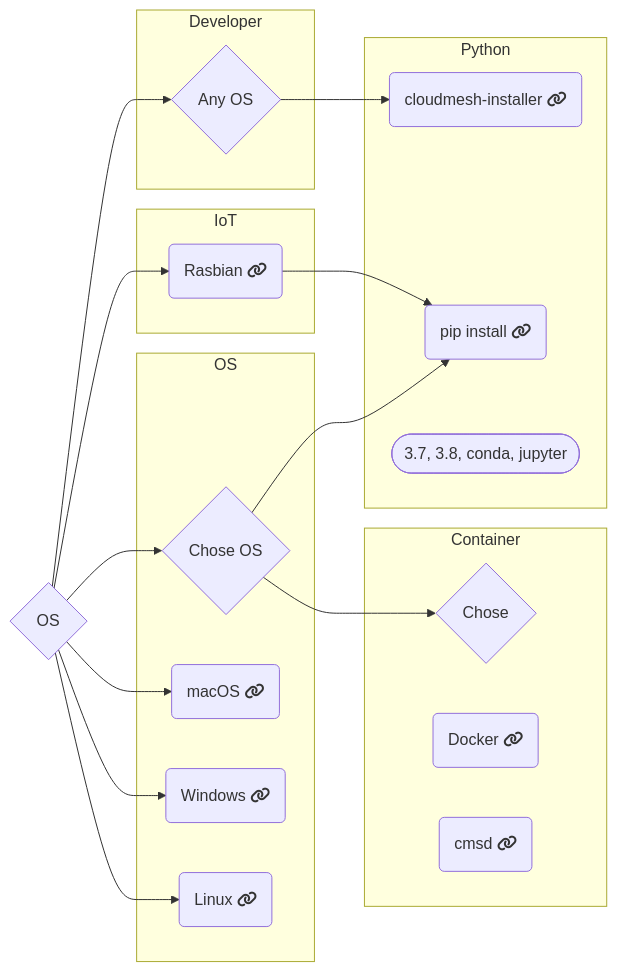
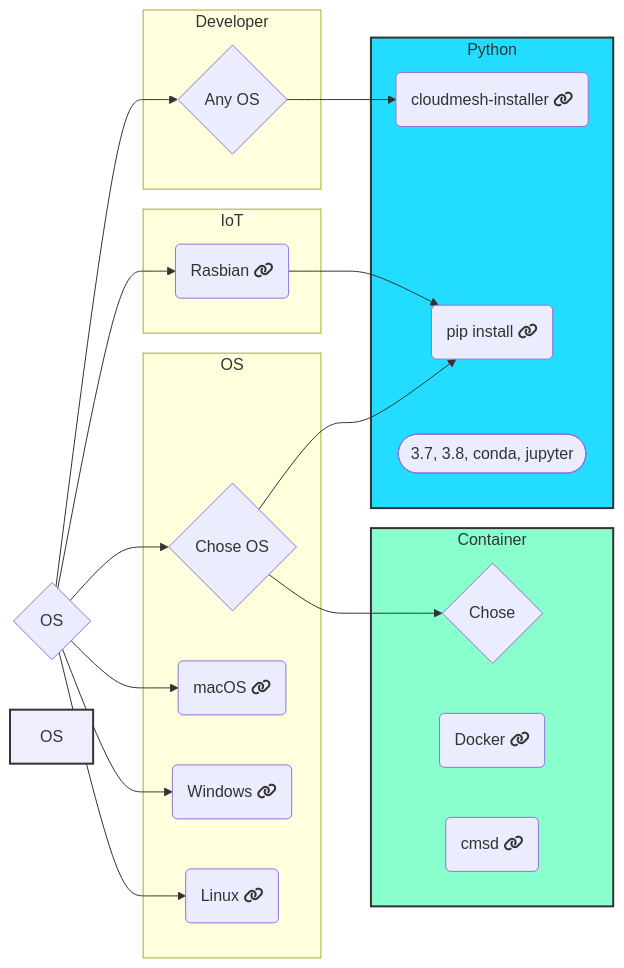
One commit to cloudmesh/cloudmesh-manual changed the diagram in docs-source/source/installation/install.rst. Above: the diagram before and after it, drawn with Mermaid. The commit also changed 10 other files, not shown here.

```diff
--- a/docs-source/source/installation/install.rst
+++ b/docs-source/source/installation/install.rst
@@ -21,56 +21,61 @@
 .. mermaid::
 
    graph LR
         os{OS}
 
         os-->chose{Chose OS}
         os-->Raspbian
         os-->macOS
         os-->Windows
         os-->Linux
         os-->a
 
         a-->cmi
 
         chose-->pip
         chose-->c{Chose}
 
         Raspbian-->pip
 
         subgraph Python
             p([3.7, 3.8, conda, jupyter])
             pip(pip install fa:fa-link)
             cmi(cloudmesh-installer fa:fa-link)
         end
 
         subgraph IoT
             Raspbian(Rasbian fa:fa-link)
         end
 
         subgraph Developer
             a{Any OS}
         end
 
 
         subgraph  OS
             chose
             Linux(Linux fa:fa-link)
             macOS(macOS fa:fa-link)
             Windows(Windows fa:fa-link)
         end
 
-        subgraph "Container"
+        subgraph Container
+
             c
             Docker(Docker fa:fa-link)
             cmsd(cmsd fa:fa-link)
         end
 
         click Raspbian "https://cloudmesh.github.io/cloudmesh-manual/installation/install-pi.html"
         click Windows "https://cloudmesh.github.io/cloudmesh-manual/installation/install-windows.html"
         click Linux "https://cloudmesh.github.io/cloudmesh-manual/installation/install-linux.html"
         click macOS "https://cloudmesh.github.io/cloudmesh-manual/installation/install-macos.html"
 
         click Docker "https://cloudmesh.github.io/cloudmesh-manual/installation/install-cmsd.html"
         click cmsd "https://cloudmesh.github.io/cloudmesh-manual/installation/install-cmsd.html"
         click pip "https://cloudmesh.github.io/cloudmesh-manual/installation/install-native.html"
         click cmi "https://cloudmesh.github.io/cloudmesh-manual/installation/cloudmesh-installer.html"
+
+        style Container fill:#8fc,stroke:#333,stroke-width:2px
+        style OS fill:#eef,stroke:#333,stroke-width:2px
+        style Python fill:#2df,stroke:#333,stroke-width:2px
```
